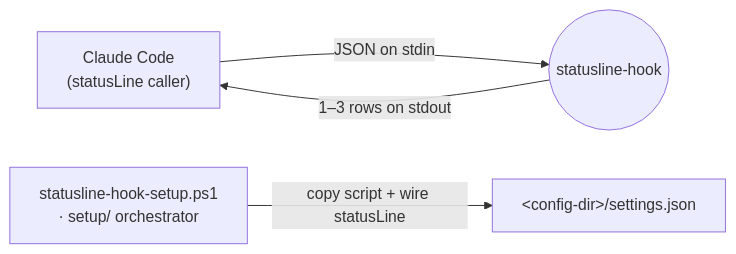
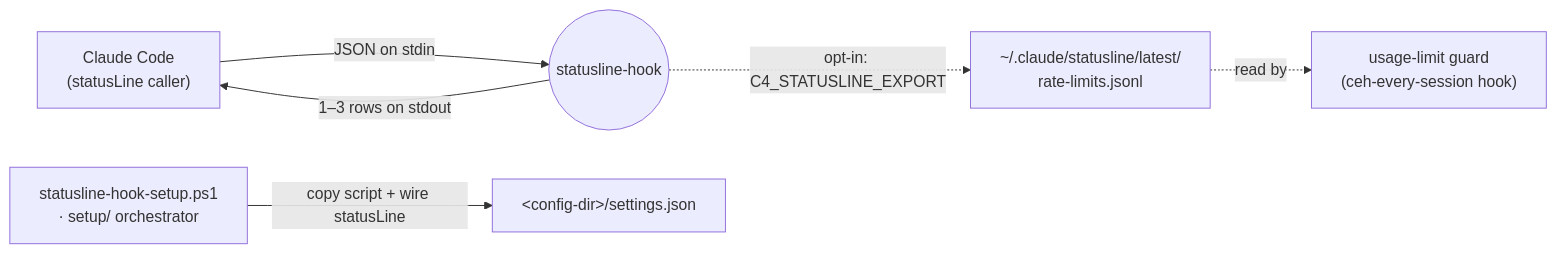
Before and after one commit to cheneeheng/claude-code-command-center: the first of 3 diagrams in tools/statusline-hook/product/ARCHITECTURE.md, drawn with Mermaid. The commit also changed other lines of this file and 13 other files, not shown here.

First line of the commit message:
feat(statusline-hook): opt-in quota export for hooks

````diff
--- a/tools/statusline-hook/product/ARCHITECTURE.md
+++ b/tools/statusline-hook/product/ARCHITECTURE.md
@@ -10,6 +11,8 @@
 ```mermaid
 flowchart LR
     cc["Claude Code<br/>(statusLine caller)"] -->|"JSON on stdin"| hook((statusline-hook))
     hook -->|"1–3 rows on stdout"| cc
+    hook -.->|"opt-in: C4_STATUSLINE_EXPORT"| quota["~/.claude/statusline/latest/<br/>rate-limits.jsonl"]
+    quota -.->|"read by"| guard["usage-limit guard<br/>(ceh-every-session hook)"]
     setup["statusline-hook-setup.ps1<br/>· setup/ orchestrator"] -->|"copy script + wire statusLine"| cfg["&lt;config-dir&gt;/settings.json"]
 ```
````
